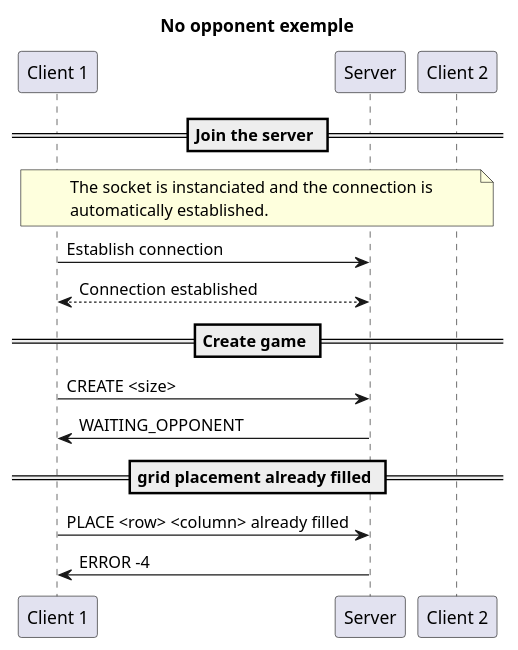
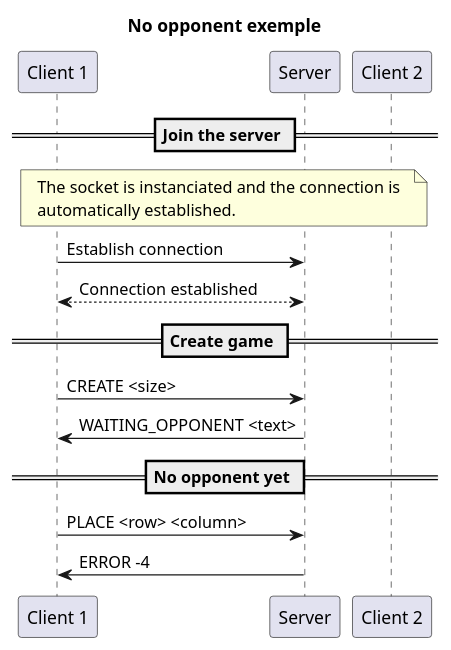
Before and after one commit to AlexB-HEIG/DAI-Practical-work-2: the diagram in doc/diagrams/no_opponent_example.puml, drawn with PlantUML. The commit also changed 15 other files, not shown here.

```diff
--- a/doc/diagrams/no_opponent_example.puml
+++ b/doc/diagrams/no_opponent_example.puml
@@ -1,32 +1,32 @@
 @startuml
 
 title "No opponent exemple"
 
 participant "Client 1" as c1
 participant "Server" as s
 participant "Client 2" as c2
 
 == Join the server ==
 
 note over c1, c2
 The socket is instanciated and the connection is
 automatically established.
 end note
 
 c1->s : Establish connection
 c1<-->s : Connection established
 
 
 == Create game ==
 
 c1->s: CREATE <size>
-s->c1: WAITING_OPPONENT
+s->c1: WAITING_OPPONENT <text>
 
 
-== grid placement already filled ==
-c1->s: PLACE <row> <column> already filled
+== No opponent yet ==
+c1->s: PLACE <row> <column>
 s->c1: ERROR -4
 
 
 
 @enduml
```
